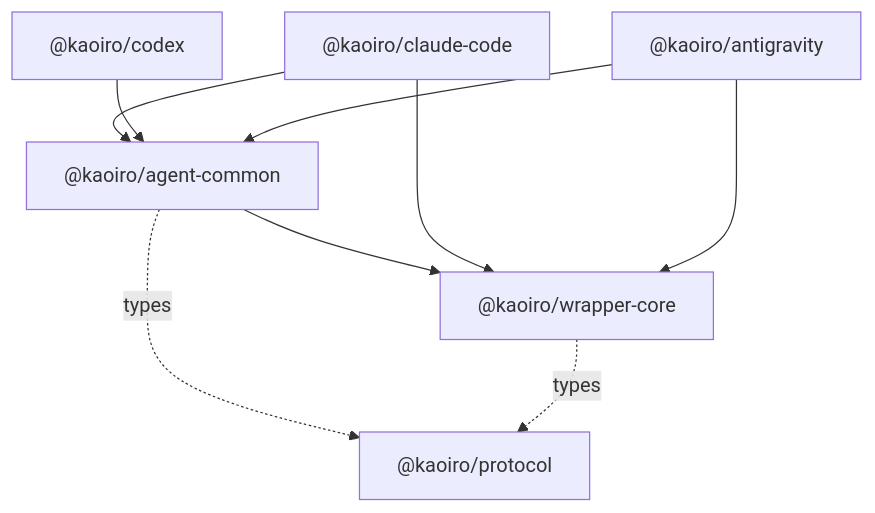
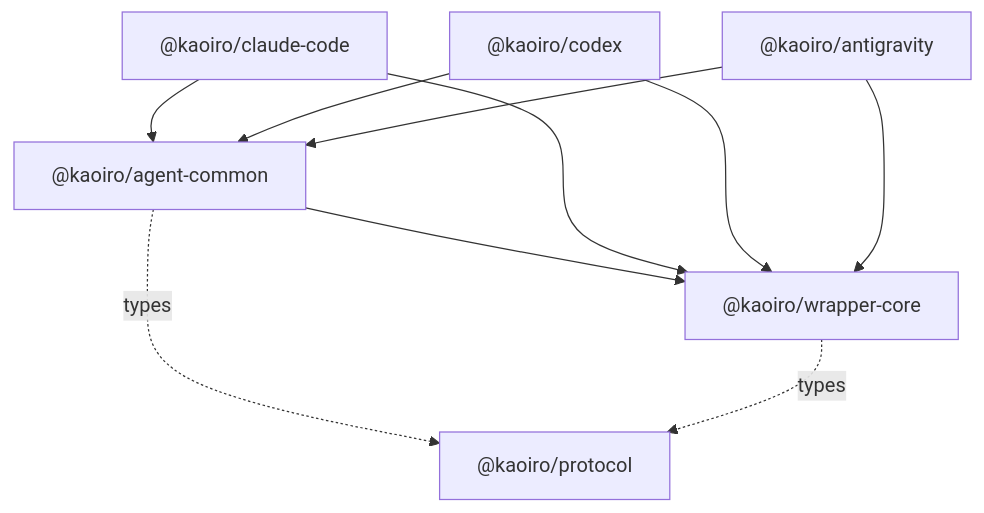
One commit to sakuraiyuta/kaoiro changed the diagram in wrapper/README.md. Above: the diagram before and after it, drawn with Mermaid. The commit also changed other lines of this file and 4 other files, not shown here.

````diff
--- a/wrapper/README.md
+++ b/wrapper/README.md
@@ -20,11 +20,12 @@
 ```mermaid
 graph TD
   CC["@kaoiro/claude-code"] --> AC["@kaoiro/agent-common"]
   CX["@kaoiro/codex"] --> AC
   AG["@kaoiro/antigravity"] --> AC
   AC --> CORE["@kaoiro/wrapper-core"]
   CC --> CORE
+  CX --> CORE
   AG --> CORE
   AC -. types .-> P["@kaoiro/protocol"]
   CORE -. types .-> P
 ```
````
